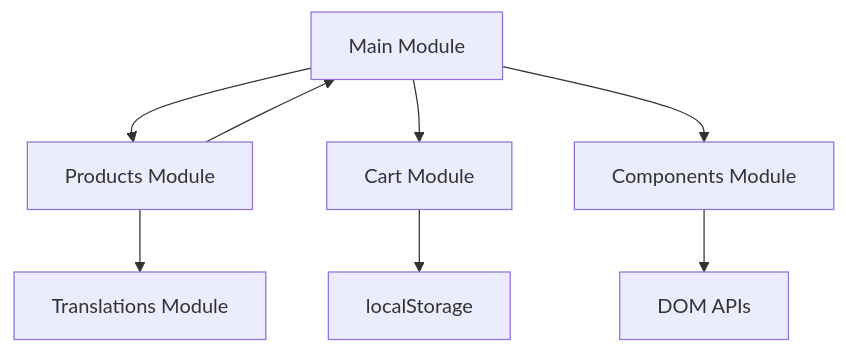
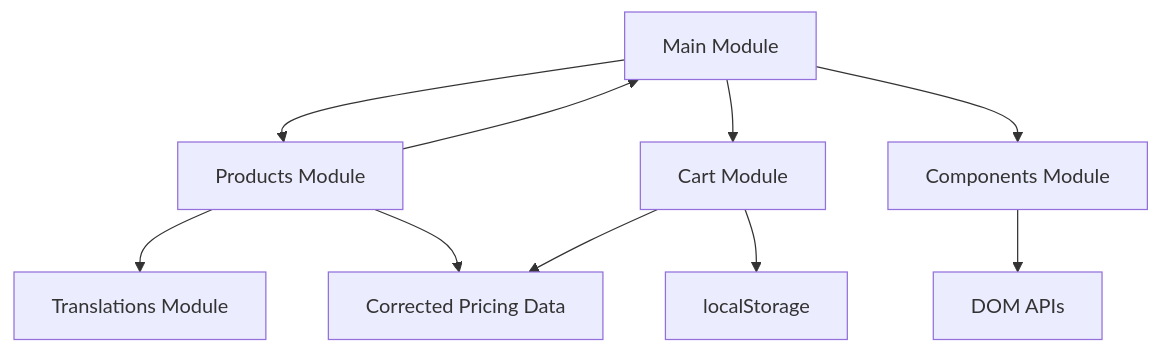
Before and after one commit to queenflowerhk/queenflowerhk.github.io: the sixth of 6 diagrams in .qoder/repowiki/en/content/Product Management System/Dynamic Product Rendering.md, drawn with Mermaid. The commit also changed other lines of this file and 57 other files, not shown here.

````diff
--- a/.qoder/repowiki/en/content/Product Management System/Dynamic Product Rendering.md
+++ b/.qoder/repowiki/en/content/Product Management System/Dynamic Product Rendering.md
@@ -317,10 +338,12 @@
 ```mermaid
 graph TB
 Main["Main Module"] --> Products["Products Module"]
 Main --> Cart["Cart Module"]
 Main --> Components["Components Module"]
 Products --> Translations["Translations Module"]
 Products --> Main
+Products --> Pricing["Corrected Pricing Data"]
 Cart --> Storage["localStorage"]
+Cart --> Pricing
 Components --> DOM["DOM APIs"]
 ```
````
